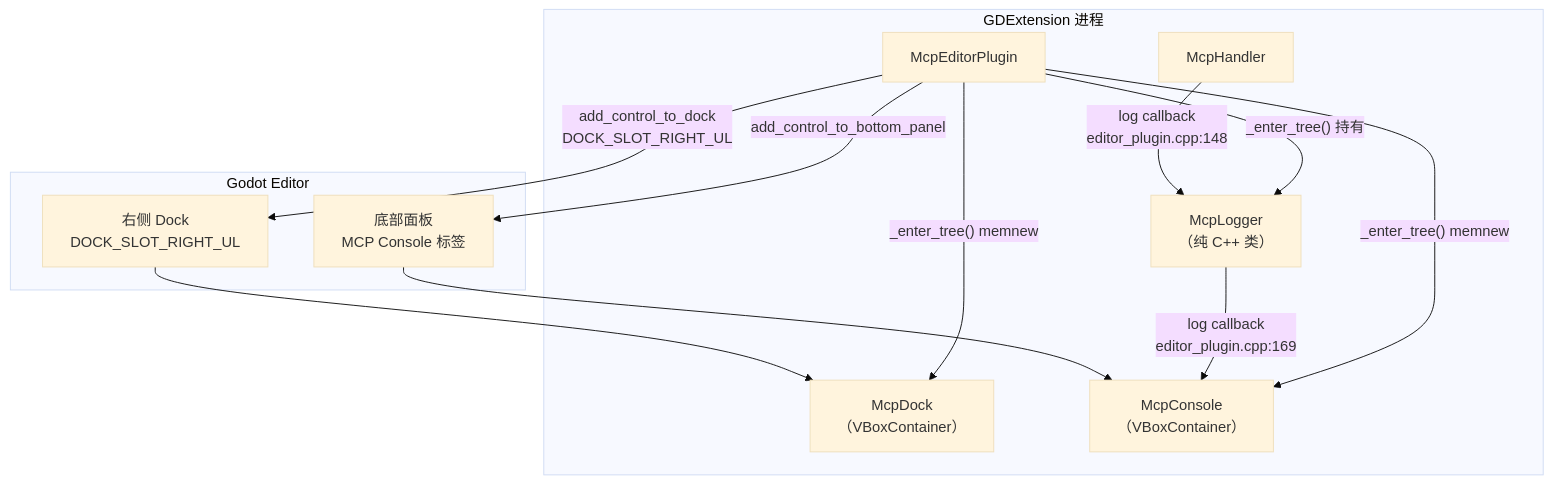
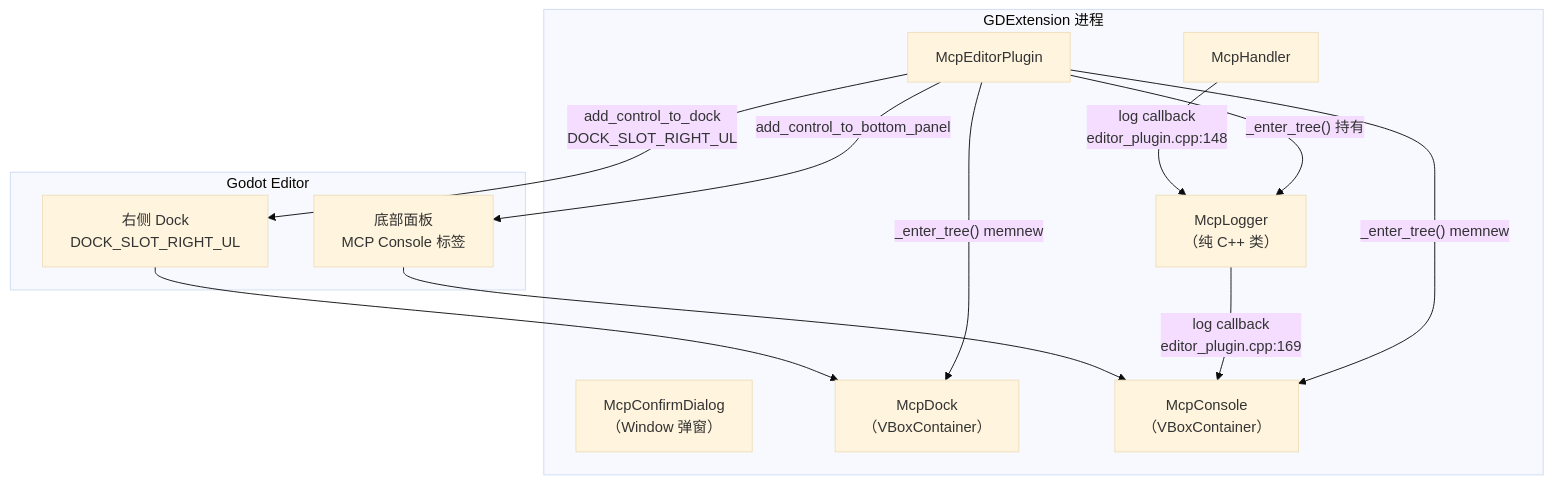
Before and after one commit to jesspig/GodotMCP-GDExtension: the first of 2 diagrams in .repo_wiki/modules/ui-components.md, drawn with Mermaid (base theme). The commit also changed other lines of this file and 41 other files, not shown here.

````diff
--- a/.repo_wiki/modules/ui-components.md
+++ b/.repo_wiki/modules/ui-components.md
@@ -7,23 +7,24 @@
 ```mermaid
 flowchart TB
     subgraph Editor["Godot Editor"]
         RD["右侧 Dock<br/>DOCK_SLOT_RIGHT_UL"]
         BP["底部面板<br/>MCP Console 标签"]
     end
     subgraph Cpp["GDExtension 进程"]
+        CONFIRM["McpConfirmDialog<br/>（Window 弹窗）"]
         PLUGIN["McpEditorPlugin"]
         DOCK["McpDock<br/>（VBoxContainer）"]
         CONSOLE["McpConsole<br/>（VBoxContainer）"]
         LOGGER["McpLogger<br/>（纯 C++ 类）"]
         HANDLER["McpHandler"]
     end
     PLUGIN -->|"_enter_tree() memnew"| DOCK
     PLUGIN -->|"_enter_tree() memnew"| CONSOLE
     PLUGIN -->|"_enter_tree() 持有"| LOGGER
     HANDLER -->|"log callback<br/>editor_plugin.cpp:148"| LOGGER
     LOGGER -->|"log callback<br/>editor_plugin.cpp:169"| CONSOLE
     PLUGIN -->|"add_control_to_dock<br/>DOCK_SLOT_RIGHT_UL"| RD
     RD --> DOCK
     PLUGIN -->|"add_control_to_bottom_panel"| BP
     BP --> CONSOLE
 ```
````
